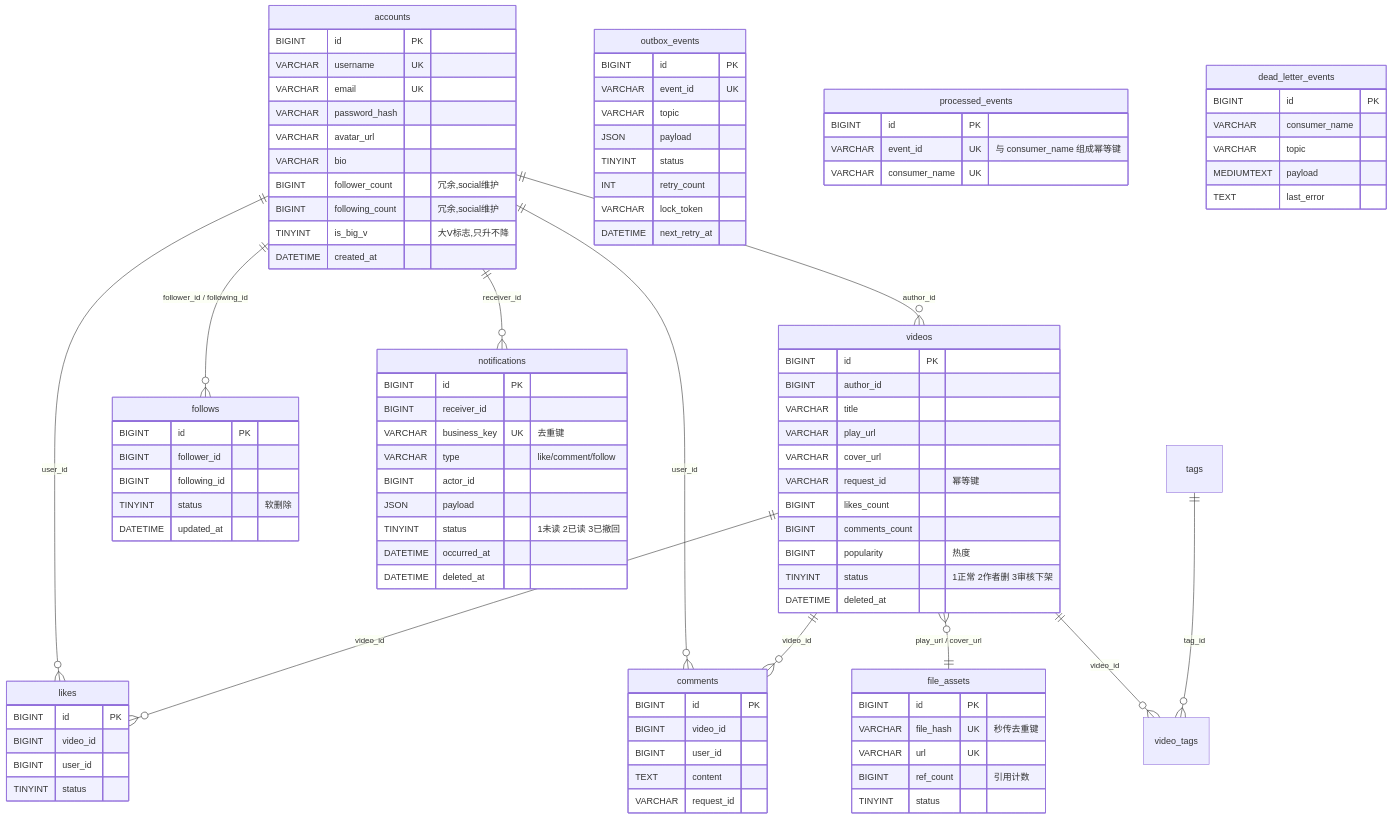
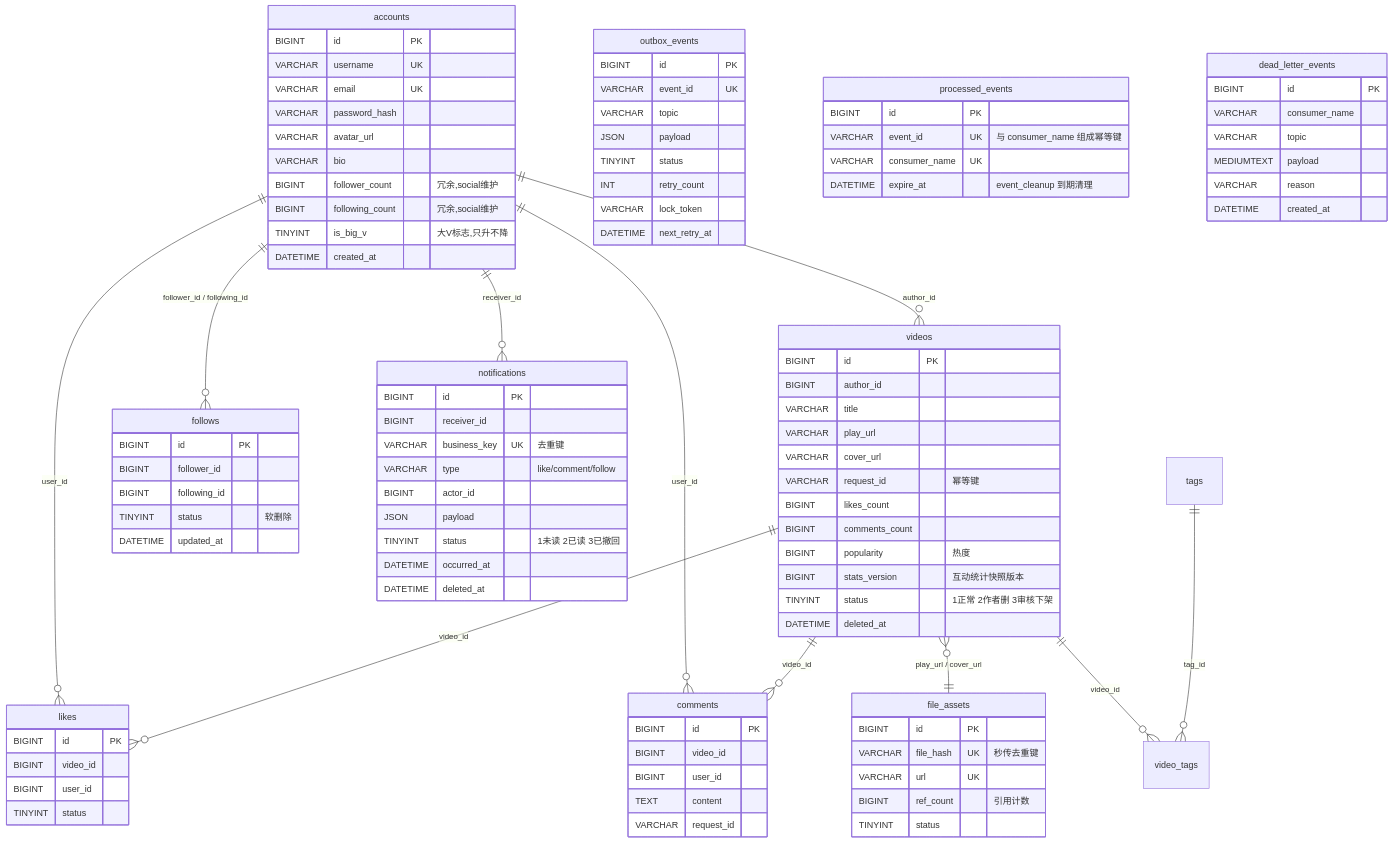
Before and after one commit to Redeemz473/feedsystem-zero: the second of 24 diagrams in docs/PROJECT_OVERVIEW.md, drawn with Mermaid. The commit also changed other lines of this file and 38 other files, not shown here.

````diff
--- a/docs/PROJECT_OVERVIEW.md
+++ b/docs/PROJECT_OVERVIEW.md
@@ -224,6 +227,7 @@
         BIGINT likes_count
         BIGINT comments_count
         BIGINT popularity "热度"
+        BIGINT stats_version "互动统计快照版本"
         TINYINT status "1正常 2作者删 3审核下架"
         DATETIME deleted_at
     }
@@ -279,12 +283,14 @@
         BIGINT id PK
         VARCHAR event_id UK "与 consumer_name 组成幂等键"
         VARCHAR consumer_name UK
+        DATETIME expire_at "event_cleanup 到期清理"
     }
     dead_letter_events {
         BIGINT id PK
         VARCHAR consumer_name
         VARCHAR topic
         MEDIUMTEXT payload
-        TEXT last_error
+        VARCHAR reason
+        DATETIME created_at
     }
 ```
````
